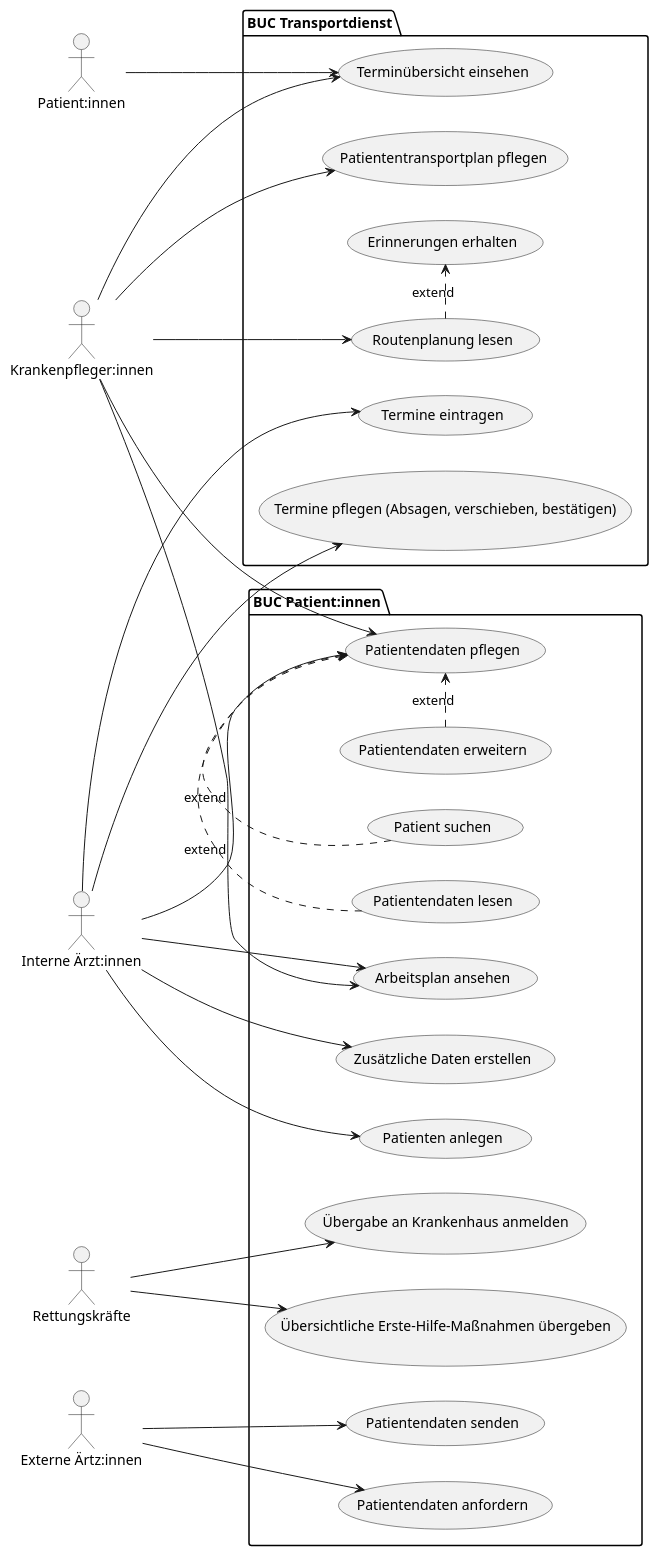
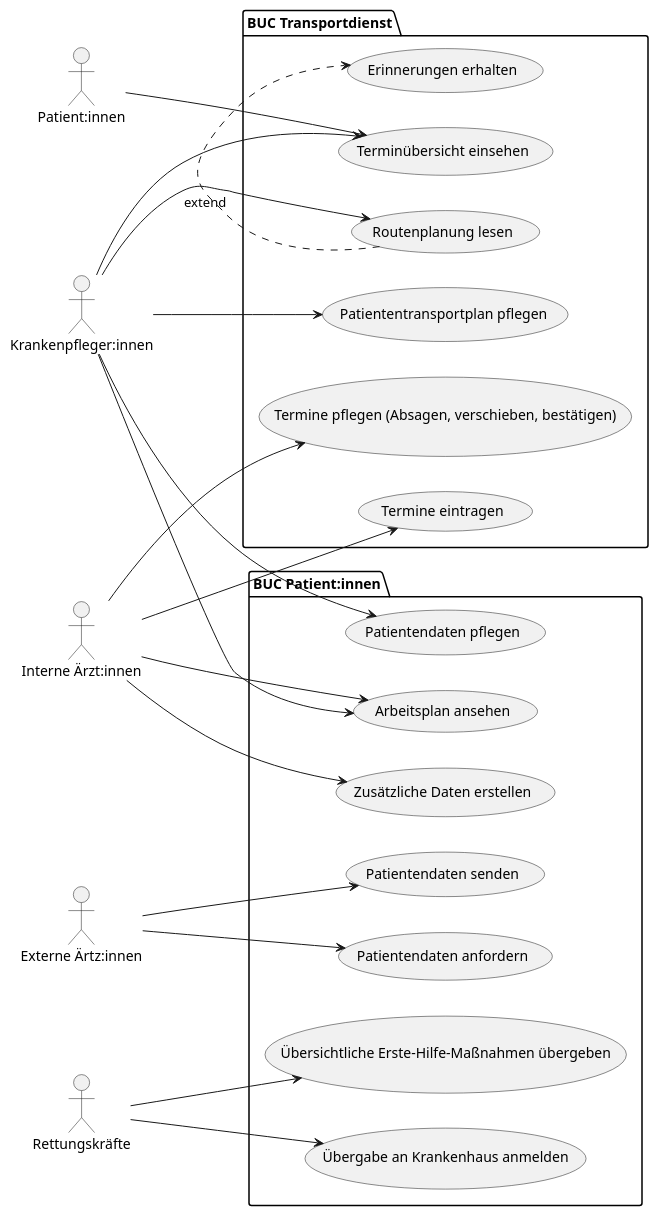
The first of 12 diagrams in docs/2_planning/1_business_use_cases.md (helenlaible/ss23-kba-project), drawn with PlantUML before and after one commit.

````diff
--- a/docs/2_planning/1_business_use_cases.md
+++ b/docs/2_planning/1_business_use_cases.md
@@ -5,64 +5,53 @@
 ```plantuml BUC Interne & externe Ärzte, Krankenpfleger und Rettungskräfte --
 left to right direction
 
 actor "Krankenpfleger:innen" as nurse
 actor "Interne Ärzt:innen" as int_docs
 actor "Rettungskräfte" as rescue
 actor "Externe Ärtz:innen" as ext_docs
 actor "Patient:innen" as patients
 
 package "BUC Patient:innen" {
   usecase "Arbeitsplan ansehen" as UC1
   usecase "Patientendaten pflegen" as UC2
-  usecase "Patientendaten erweitern" as UC3
-  usecase "Patient suchen" as UC4
+  usecase "Zusätzliche Daten erstellen" as UC3
 
-  usecase "Patientendaten lesen" as UC5
-  usecase "Patienten anlegen" as UC6
-  usecase "Zusätzliche Daten erstellen" as UC7
+  usecase "Übersichtliche Erste-Hilfe-Maßnahmen übergeben" as UC4
+  usecase "Übergabe an Krankenhaus anmelden" as UC5
 
-  usecase "Übersichtliche Erste-Hilfe-Maßnahmen übergeben" as UC8
-  usecase "Übergabe an Krankenhaus anmelden" as UC9
-
-  usecase "Patientendaten anfordern" as UC10
-  usecase "Patientendaten senden" as UC11
+  usecase "Patientendaten anfordern" as UC6
+  usecase "Patientendaten senden" as UC7
 }
 
 nurse --> UC1
 nurse --> UC2
 
-(UC3) .> (UC2) : extend
-(UC4) .> (UC2) : extend
-(UC5) .> (UC2) : extend
+int_docs --> UC1
+int_docs --> UC3
 
-int_docs --> UC1
-int_docs --> UC2
-int_docs --> UC6
-int_docs --> UC7
+rescue --> UC4
+rescue --> UC5
 
-rescue --> UC8
-rescue --> UC9
-
-ext_docs --> UC10
-ext_docs --> UC11
+ext_docs --> UC6
+ext_docs --> UC7
 
 
 package "BUC Transportdienst" {
   usecase "Patiententransportplan pflegen" as TUC1
   usecase "Routenplanung lesen" as TUC2
   usecase "Erinnerungen erhalten" as TUC3
   usecase "Termine eintragen" as TUC4
   usecase "Termine pflegen (Absagen, verschieben, bestätigen)" as TUC5
   usecase "Terminübersicht einsehen" as TUC6
 }
 
 nurse --> TUC1
 nurse --> TUC2
 nurse --> TUC6
 (TUC2) .> (TUC3) : extend
 
 int_docs -->  TUC4
 int_docs --> TUC5
 
 patients --> TUC6
 ```
````
